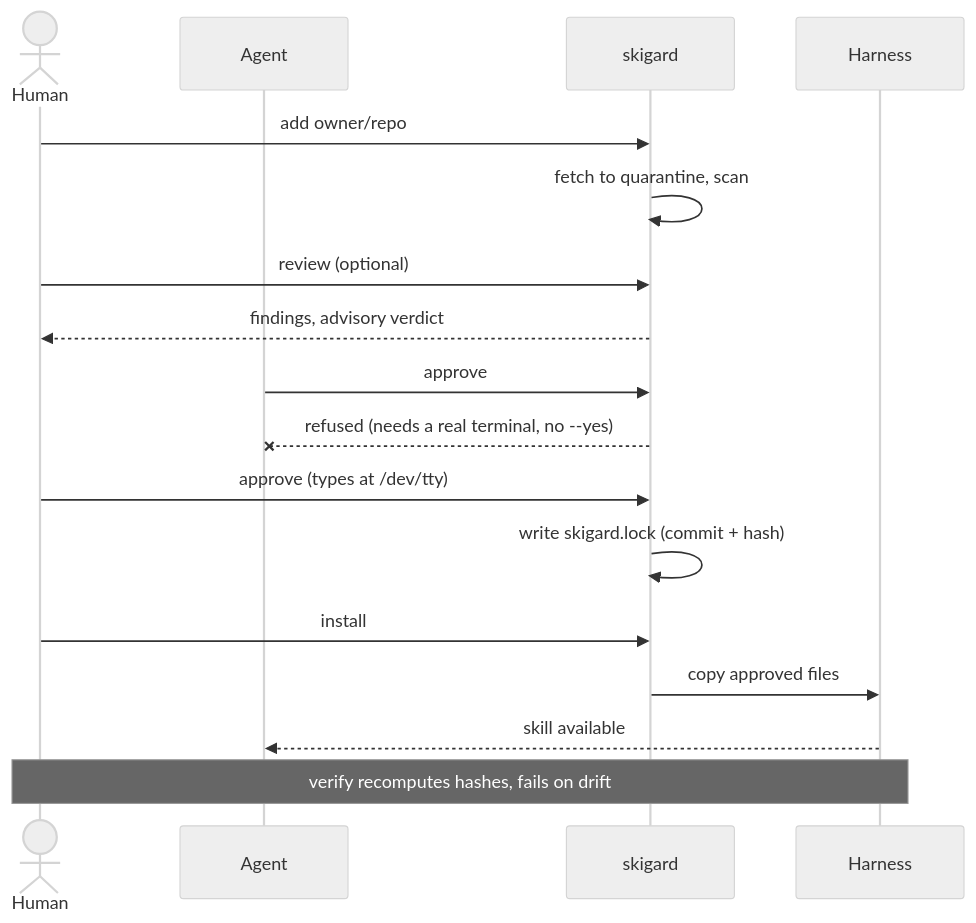
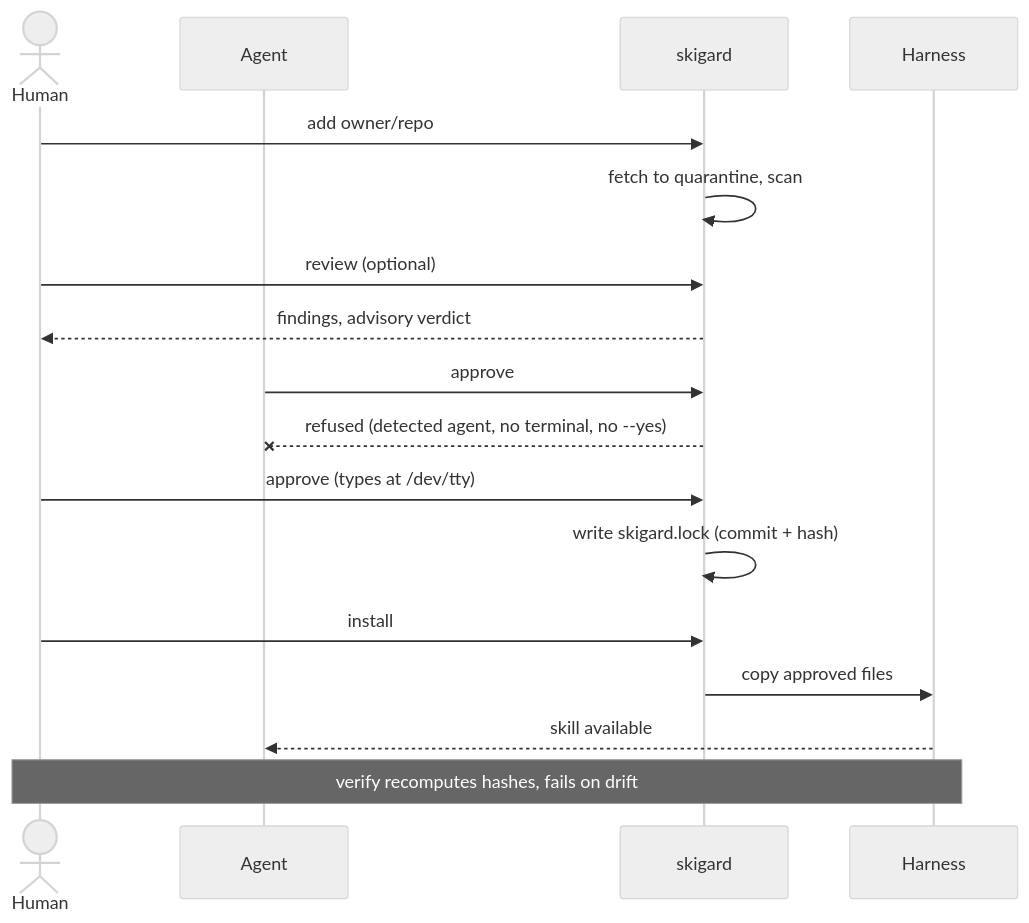
Before and after one commit to ambierhq/skigard: the diagram in docs/concepts.md, drawn with Mermaid. The commit also changed other lines of this file and 11 other files, not shown here.

````diff
--- a/docs/concepts.md
+++ b/docs/concepts.md
@@ -13,20 +13,20 @@
 ```mermaid
 %%{init: {'theme':'neutral'}}%%
 sequenceDiagram
   actor Human
   participant Agent
   participant Skigard as skigard
   participant Harness as Harness
   Human->>Skigard: add owner/repo
   Skigard->>Skigard: fetch to quarantine, scan
   Human->>Skigard: review (optional)
   Skigard-->>Human: findings, advisory verdict
   Agent->>Skigard: approve
-  Skigard--xAgent: refused (needs a real terminal, no --yes)
+  Skigard--xAgent: refused (detected agent, no terminal, no --yes)
   Human->>Skigard: approve (types at /dev/tty)
   Skigard->>Skigard: write skigard.lock (commit + hash)
   Human->>Skigard: install
   Skigard->>Harness: copy approved files
   Harness-->>Agent: skill available
   Note over Human,Harness: verify recomputes hashes, fails on drift
 ```
````
